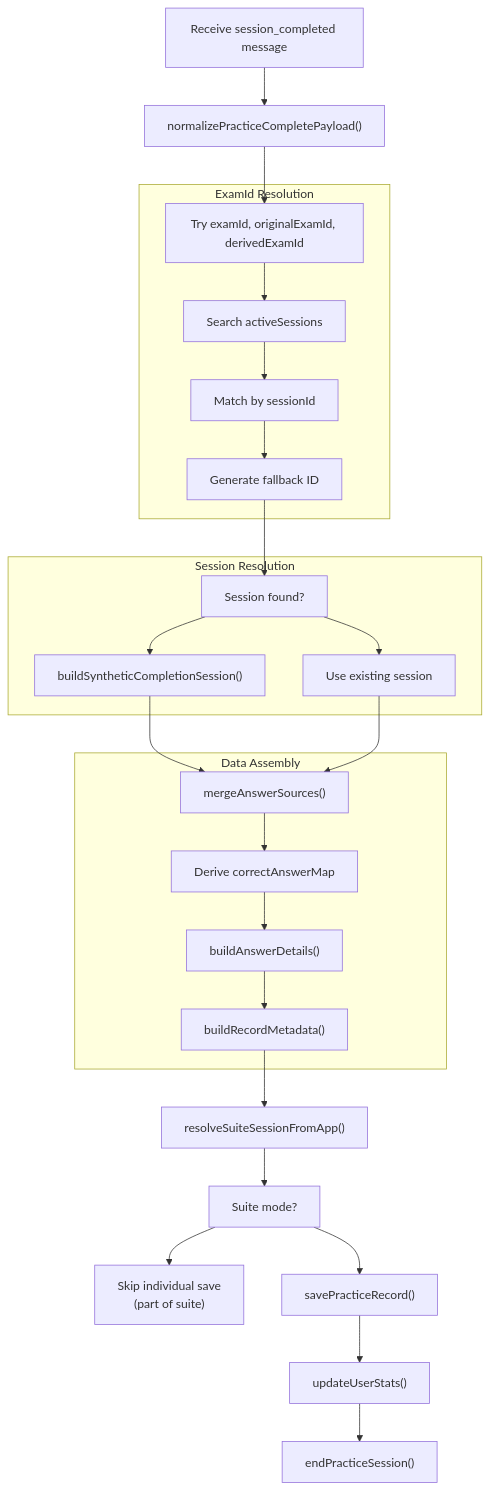
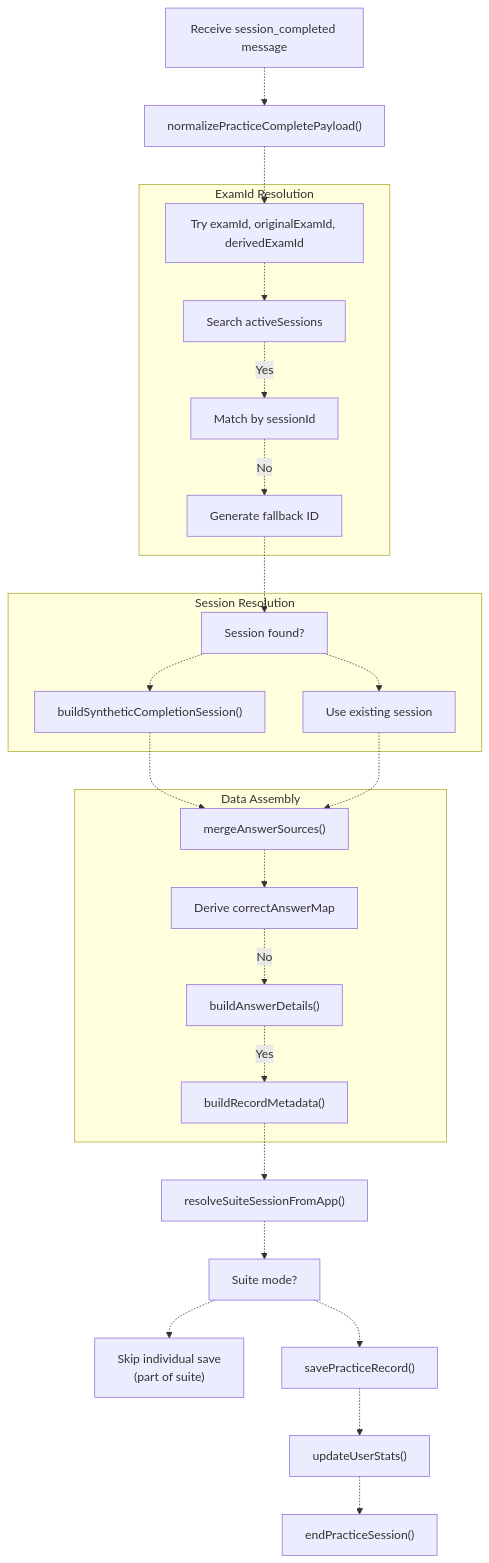
Before and after one commit to sallowayma-git/IELTS-practice: the fifth of 14 diagrams in developer/doc/Wiki/PracticeRecorder-&-ScoreStorage.md, drawn with Mermaid. The commit also changed other lines of this file and 84 other files, not shown here.

````diff
--- a/developer/doc/Wiki/PracticeRecorder-&-ScoreStorage.md
+++ b/developer/doc/Wiki/PracticeRecorder-&-ScoreStorage.md
@@ -540,63 +548,63 @@
 ```mermaid
 flowchart TD
 
 MSG["Receive session_completed message"]
 NORM["normalizePracticeCompletePayload()"]
 CANDIDATES["Try examId, originalExamId, derivedExamId"]
 ACTIVE["Search activeSessions"]
 SESSIONID["Match by sessionId"]
 FALLBACK["Generate fallback ID"]
 FOUND["Session found?"]
 SYNTHETIC["buildSyntheticCompletionSession()"]
 EXISTING["Use existing session"]
 MERGE["mergeAnswerSources()"]
 CORRECT["Derive correctAnswerMap"]
 DETAILS["buildAnswerDetails()"]
 META["buildRecordMetadata()"]
 SUITE["resolveSuiteSessionFromApp()"]
 CHECK["Suite mode?"]
 SKIP["Skip individual save<br>(part of suite)"]
 SAVE["savePracticeRecord()"]
 STATS["updateUserStats()"]
 CLEANUP["endPracticeSession()"]
 
-MSG --> NORM
-NORM --> CANDIDATES
-FALLBACK --> FOUND
-SYNTHETIC --> MERGE
-EXISTING --> MERGE
-META --> SUITE
-SUITE --> CHECK
-CHECK --> SKIP
-CHECK --> SAVE
-SAVE --> STATS
-STATS --> CLEANUP
+MSG -.-> NORM
+NORM -.-> CANDIDATES
+FALLBACK -.-> FOUND
+SYNTHETIC -.-> MERGE
+EXISTING -.-> MERGE
+META -.-> SUITE
+SUITE -.-> CHECK
+CHECK -.-> SKIP
+CHECK -.-> SAVE
+SAVE -.-> STATS
+STATS -.-> CLEANUP
 
 subgraph subGraph2 ["Data Assembly"]
     MERGE
     CORRECT
     DETAILS
     META
-    MERGE --> CORRECT
-    CORRECT --> DETAILS
-    DETAILS --> META
+    MERGE -.-> CORRECT
+    CORRECT -.->|"No"| DETAILS
+    DETAILS -.->|"Yes"| META
 end
 
 subgraph subGraph1 ["Session Resolution"]
     FOUND
     SYNTHETIC
     EXISTING
-    FOUND --> SYNTHETIC
-    FOUND --> EXISTING
+    FOUND -.-> SYNTHETIC
+    FOUND -.-> EXISTING
 end
 
 subgraph subGraph0 ["ExamId Resolution"]
     CANDIDATES
     ACTIVE
     SESSIONID
     FALLBACK
-    CANDIDATES --> ACTIVE
-    ACTIVE --> SESSIONID
-    SESSIONID --> FALLBACK
+    CANDIDATES -.-> ACTIVE
+    ACTIVE -.->|"Yes"| SESSIONID
+    SESSIONID -.->|"No"| FALLBACK
 end
 ```
````
